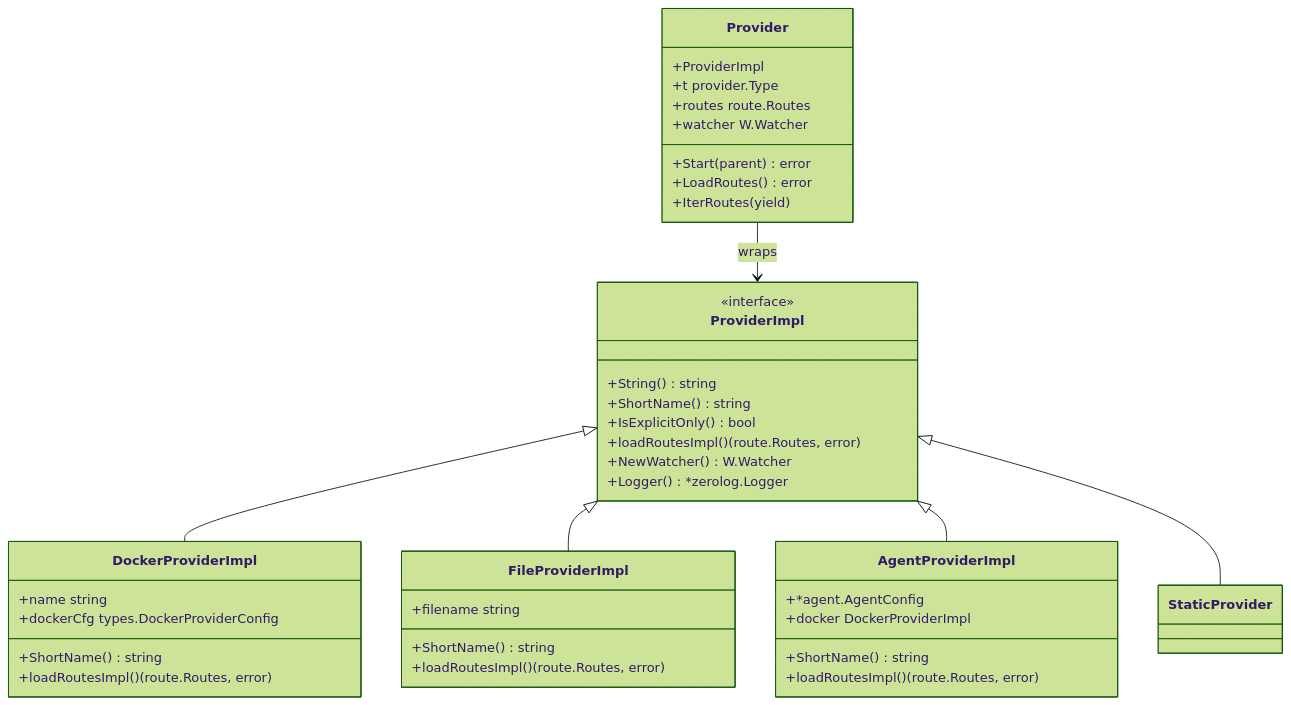
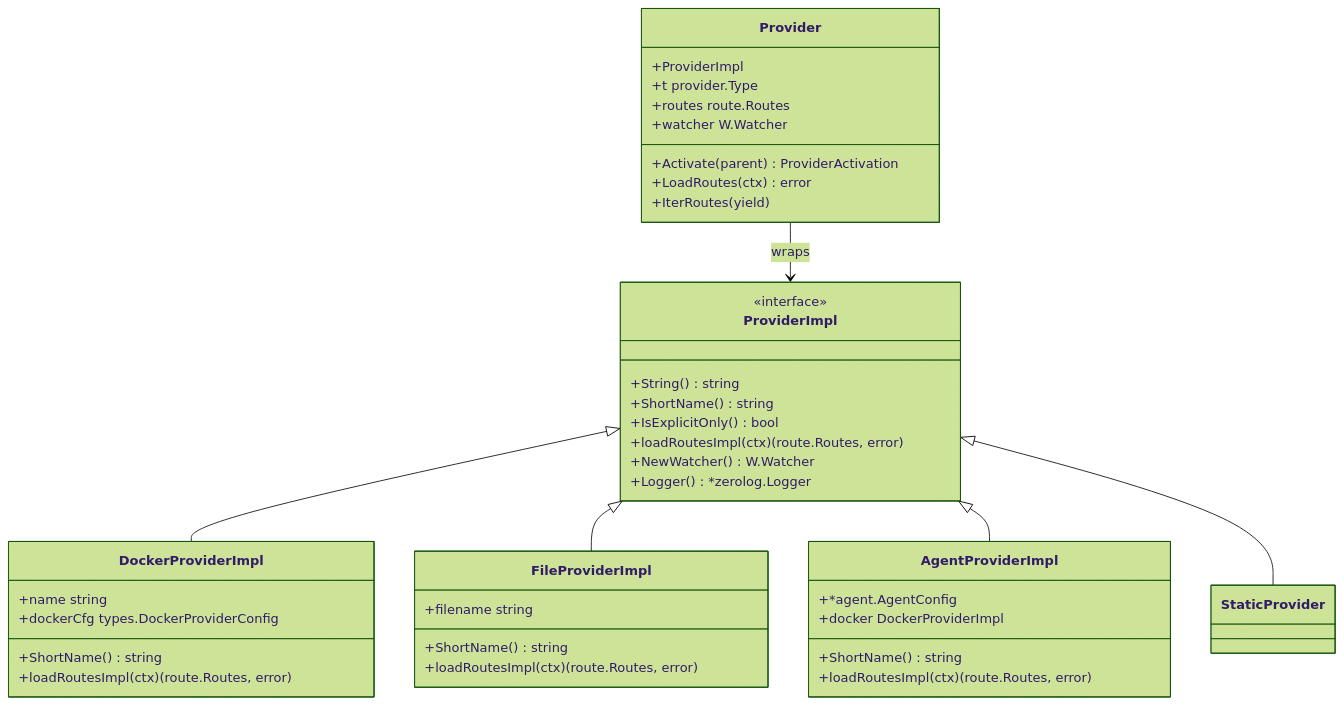
One commit to yusing/godoxy-wiki changed the first of 3 diagrams in content/docs/impl/internal-route-provider.mdx. Above: the diagram before and after it, drawn with Mermaid (forest theme). The commit also changed other lines of this file and 10 other files, not shown here.

````diff
--- a/content/docs/impl/internal-route-provider.mdx
+++ b/content/docs/impl/internal-route-provider.mdx
@@ -84,48 +85,48 @@
 ```mermaid
 classDiagram
     class Provider {
         +ProviderImpl
         +t provider.Type
         +routes route.Routes
         +watcher W.Watcher
-        +Start(parent) error
-        +LoadRoutes() error
+        +Activate(parent) ProviderActivation
+        +LoadRoutes(ctx) error
         +IterRoutes(yield)
     }
 
     class ProviderImpl {
         <<interface>>
         +String() string
         +ShortName() string
         +IsExplicitOnly() bool
-        +loadRoutesImpl() (route.Routes, error)
+        +loadRoutesImpl(ctx) (route.Routes, error)
         +NewWatcher() W.Watcher
         +Logger() *zerolog.Logger
     }
 
     class DockerProviderImpl {
         +name string
         +dockerCfg types.DockerProviderConfig
         +ShortName() string
-        +loadRoutesImpl() (route.Routes, error)
+        +loadRoutesImpl(ctx) (route.Routes, error)
     }
 
     class FileProviderImpl {
         +filename string
         +ShortName() string
-        +loadRoutesImpl() (route.Routes, error)
+        +loadRoutesImpl(ctx) (route.Routes, error)
     }
 
     class AgentProviderImpl {
         +*agent.AgentConfig
         +docker DockerProviderImpl
         +ShortName() string
-        +loadRoutesImpl() (route.Routes, error)
+        +loadRoutesImpl(ctx) (route.Routes, error)
     }
 
     Provider --> ProviderImpl : wraps
     ProviderImpl <|-- DockerProviderImpl
     ProviderImpl <|-- FileProviderImpl
     ProviderImpl <|-- AgentProviderImpl
     ProviderImpl <|-- StaticProvider
 ```
````
